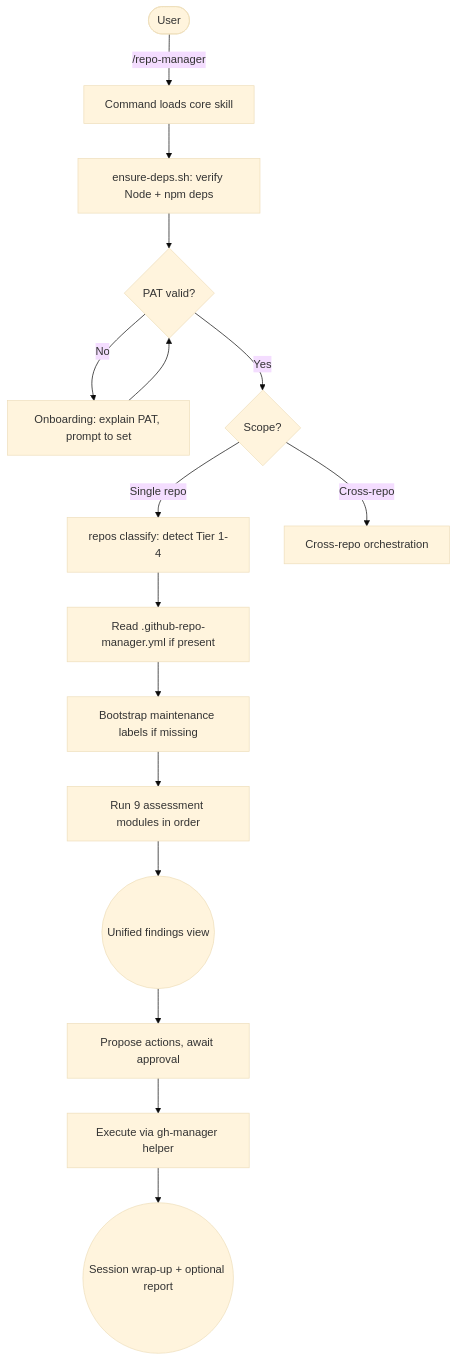
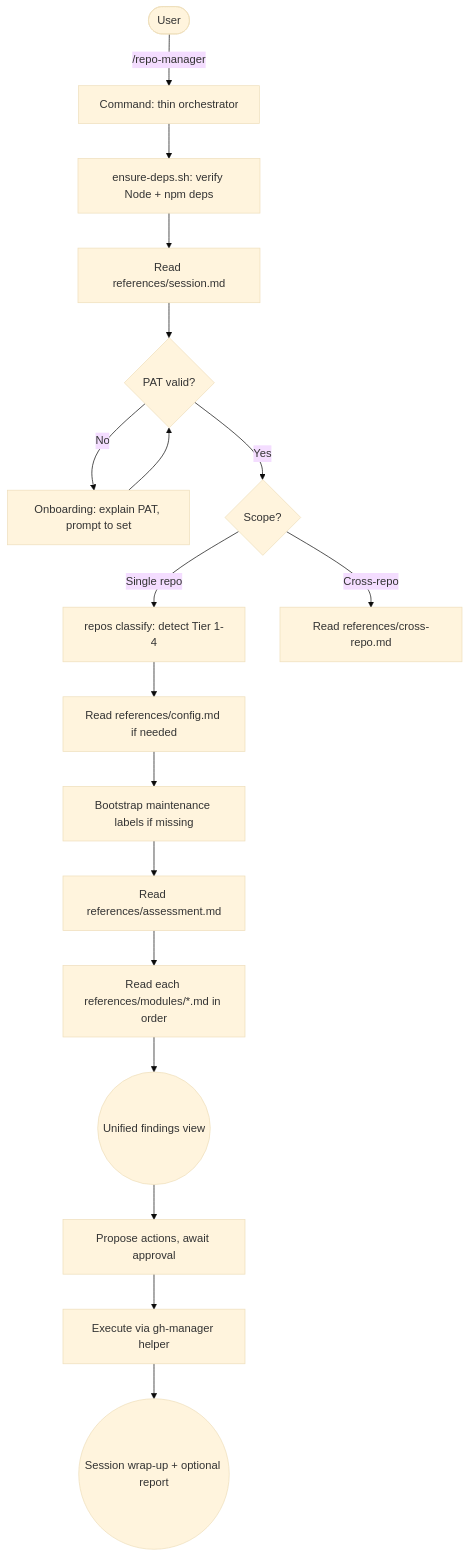
Before and after one commit to L3Digital-Net/Claude-Code-Plugins: the diagram in plugins/github-repo-manager/README.md, drawn with Mermaid (base theme). The commit also changed other lines of this file, not shown here.

Commit message:
docs(github-repo-manager): update README for references architecture

````diff
--- a/plugins/github-repo-manager/README.md
+++ b/plugins/github-repo-manager/README.md
@@ -63,18 +63,20 @@
 ```mermaid
 flowchart TD
-    User([User]) -->|/repo-manager| CMD[Command loads core skill]
+    User([User]) -->|/repo-manager| CMD[Command: thin orchestrator]
     CMD --> DEPS[ensure-deps.sh: verify Node + npm deps]
-    DEPS --> PAT{PAT valid?}
+    DEPS --> SESSION[Read references/session.md]
+    SESSION --> PAT{PAT valid?}
     PAT -->|No| ONBOARD[Onboarding: explain PAT, prompt to set]
     PAT -->|Yes| SCOPE{Scope?}
     ONBOARD --> PAT
     SCOPE -->|Single repo| TIER[repos classify: detect Tier 1-4]
-    SCOPE -->|Cross-repo| CROSS[Cross-repo orchestration]
-    TIER --> CONFIG[Read .github-repo-manager.yml if present]
+    SCOPE -->|Cross-repo| CROSS[Read references/cross-repo.md]
+    TIER --> CONFIG[Read references/config.md if needed]
     CONFIG --> LABELS[Bootstrap maintenance labels if missing]
-    LABELS --> ASSESS[Run 9 assessment modules in order]
-    ASSESS --> UNIFIED((Unified findings view))
+    LABELS --> ASSESS[Read references/assessment.md]
+    ASSESS --> MODULES[Read each references/modules/*.md in order]
+    MODULES --> UNIFIED((Unified findings view))
     UNIFIED --> ACTIONS[Propose actions, await approval]
     ACTIONS --> EXEC[Execute via gh-manager helper]
     EXEC --> WRAP((Session wrap-up + optional report))
 ```
````
